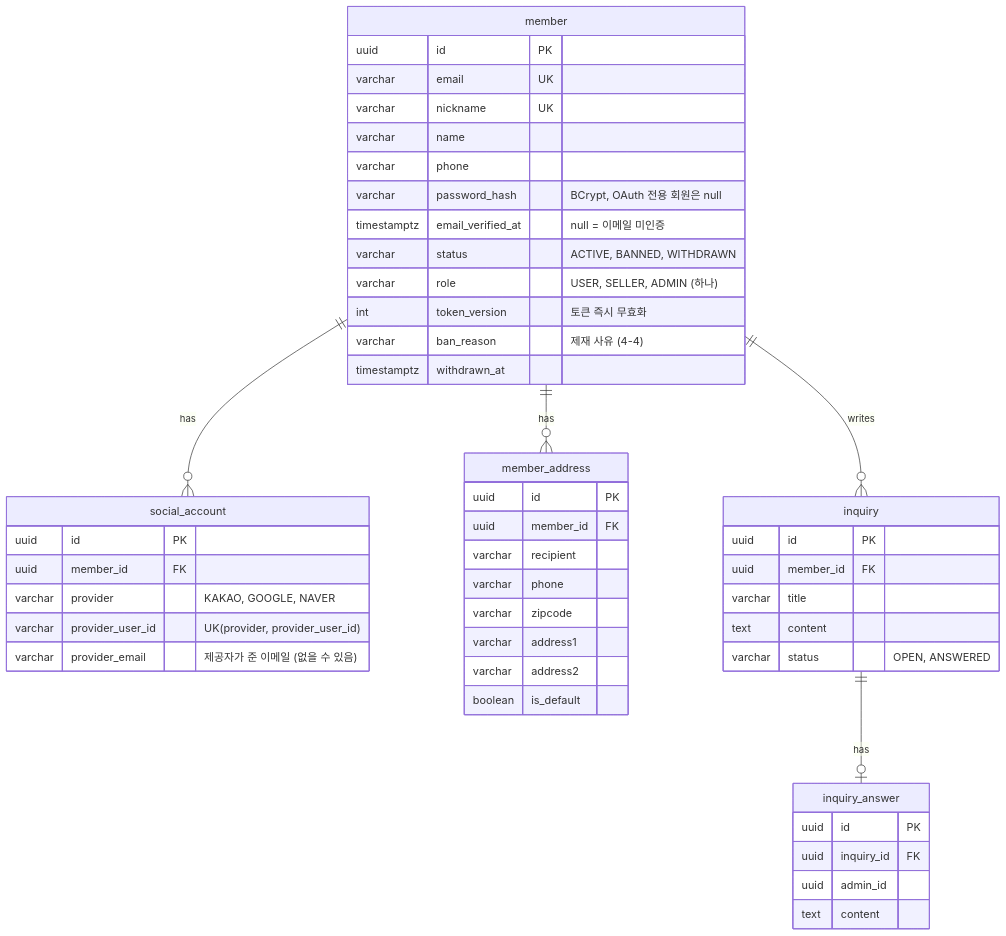
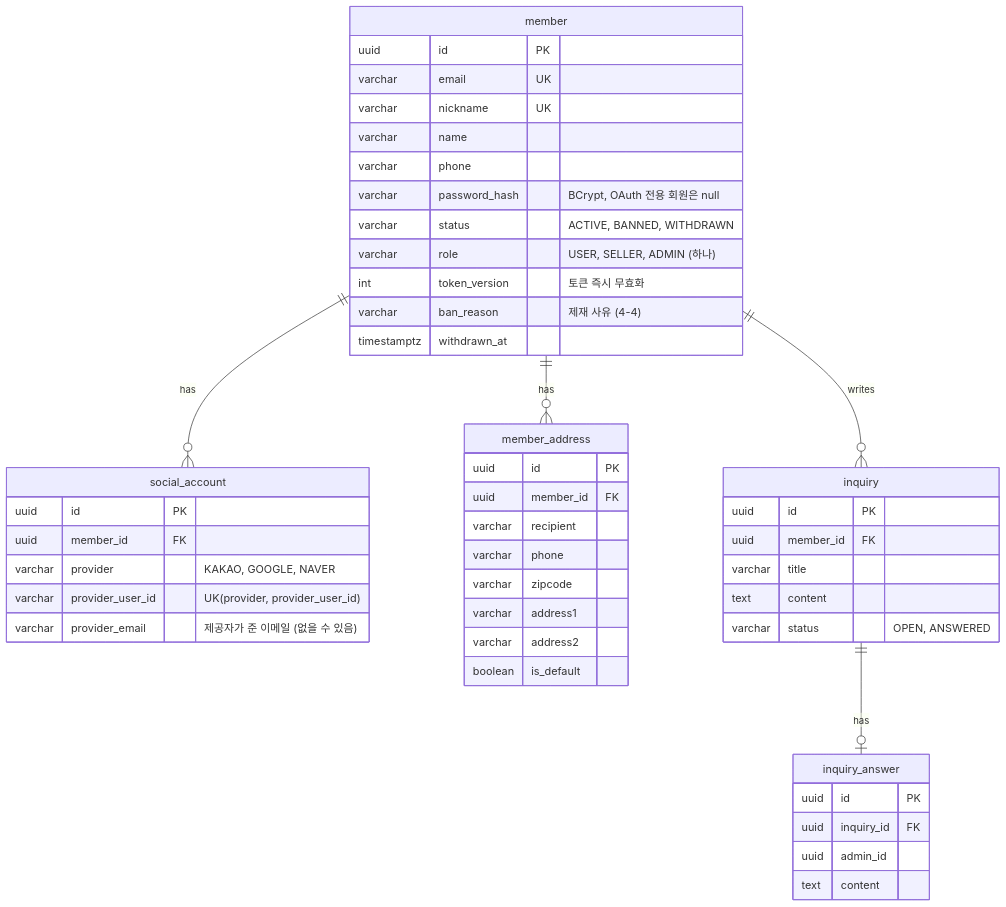
The first of 10 diagrams in docs/02-design/03-erd.md (95twan/myroutine-v2), drawn with Mermaid before and after one commit. The commit also changed other lines of this file and 55 other files, not shown here.

````diff
--- a/docs/02-design/03-erd.md
+++ b/docs/02-design/03-erd.md
@@ -23,51 +24,50 @@
 ```mermaid
 erDiagram
   member ||--o{ social_account : has
   member ||--o{ member_address : has
   member ||--o{ inquiry : writes
   inquiry ||--o| inquiry_answer : has
   member {
     uuid id PK
     varchar email UK
     varchar nickname UK
     varchar name
     varchar phone
     varchar password_hash "BCrypt, OAuth 전용 회원은 null"
-    timestamptz email_verified_at "null = 이메일 미인증"
     varchar status "ACTIVE, BANNED, WITHDRAWN"
     varchar role "USER, SELLER, ADMIN (하나)"
     int token_version "토큰 즉시 무효화"
     varchar ban_reason "제재 사유 (4-4)"
     timestamptz withdrawn_at
   }
   social_account {
     uuid id PK
     uuid member_id FK
     varchar provider "KAKAO, GOOGLE, NAVER"
     varchar provider_user_id "UK(provider, provider_user_id)"
     varchar provider_email "제공자가 준 이메일 (없을 수 있음)"
   }
   member_address {
     uuid id PK
     uuid member_id FK
     varchar recipient
     varchar phone
     varchar zipcode
     varchar address1
     varchar address2
     boolean is_default
   }
   inquiry {
     uuid id PK
     uuid member_id FK
     varchar title
     text content
     varchar status "OPEN, ANSWERED"
   }
   inquiry_answer {
     uuid id PK
     uuid inquiry_id FK
     uuid admin_id
     text content
   }
 ```
````
